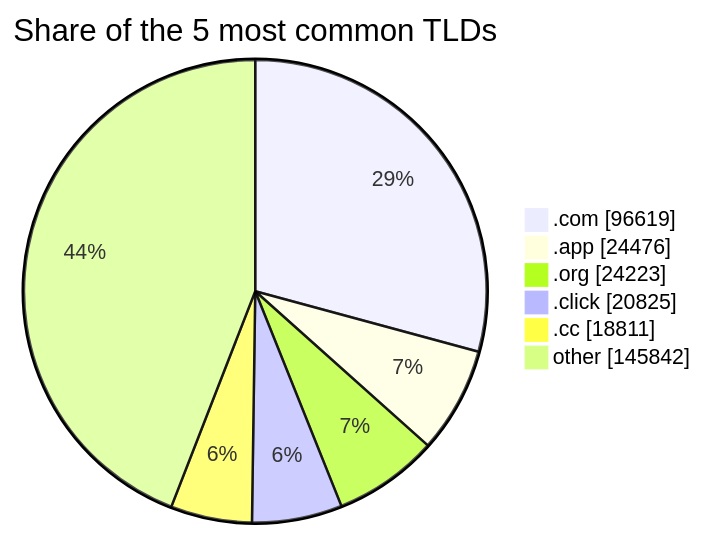
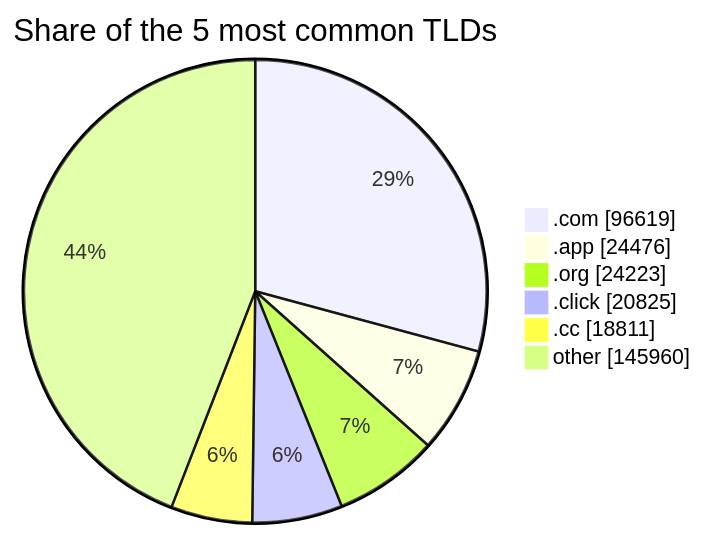
The third of 3 diagrams in README.md (DNSBunker/CTI), drawn with Mermaid before and after one commit. The commit also changed other lines of this file and 4 other files, not shown here.

````diff
--- a/README.md
+++ b/README.md
@@ -81,9 +81,9 @@
 ```mermaid
 pie showData title Share of the 5 most common TLDs
     ".com" : 96619
     ".app" : 24476
     ".org" : 24223
     ".click" : 20825
     ".cc" : 18811
-    "other" : 145842
+    "other" : 145960
 ```
````
